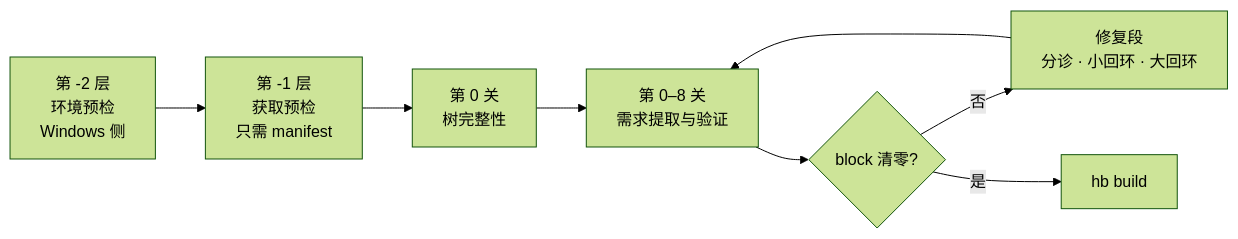
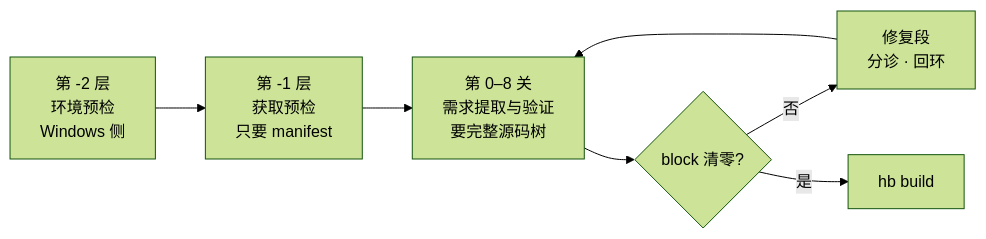
One commit to x-yy-x/tool_realization changed the first of 2 diagrams in docs/00-总览.md. Above: the diagram before and after it, drawn with Mermaid (forest theme). The commit also changed other lines of this file and 18 other files, not shown here.

````diff
--- a/docs/00-总览.md
+++ b/docs/00-总览.md
@@ -31,10 +60,9 @@
 ```mermaid
 flowchart LR
-    A["第 -2 层<br/>环境预检<br/>Windows 侧"] --> B["第 -1 层<br/>获取预检<br/>只需 manifest"]
-    B --> C["第 0 关<br/>树完整性"]
-    C --> D["第 0–8 关<br/>需求提取与验证"]
-    D --> E{"block 清零?"}
-    E -->|否| F["修复段<br/>分诊 · 小回环 · 大回环"]
-    F --> D
-    E -->|是| G["hb build"]
+    A["第 -2 层<br/>环境预检<br/>Windows 侧"] --> B["第 -1 层<br/>获取预检<br/>只要 manifest"]
+    B --> C["第 0–8 关<br/>需求提取与验证<br/>要完整源码树"]
+    C --> D{"block 清零?"}
+    D -->|否| E["修复段<br/>分诊 · 回环"]
+    E --> C
+    D -->|是| F["hb build"]
 ```
````
